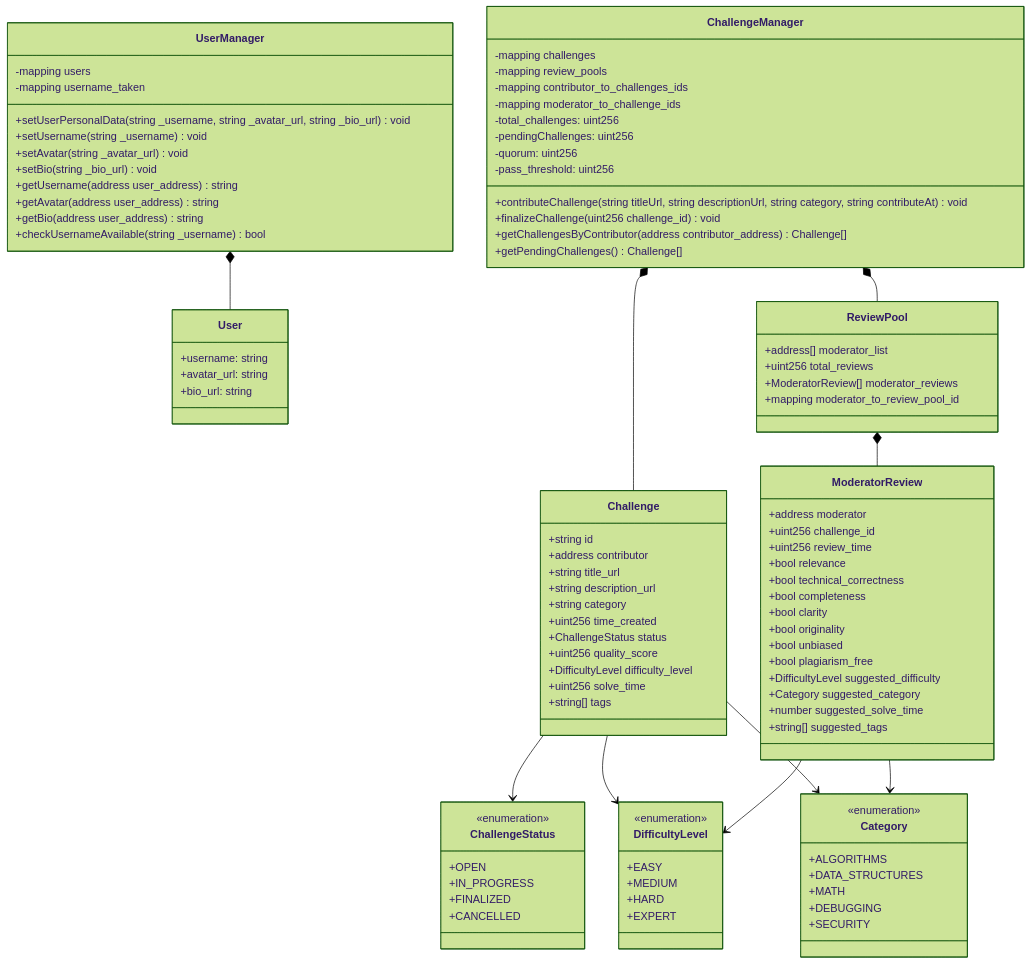
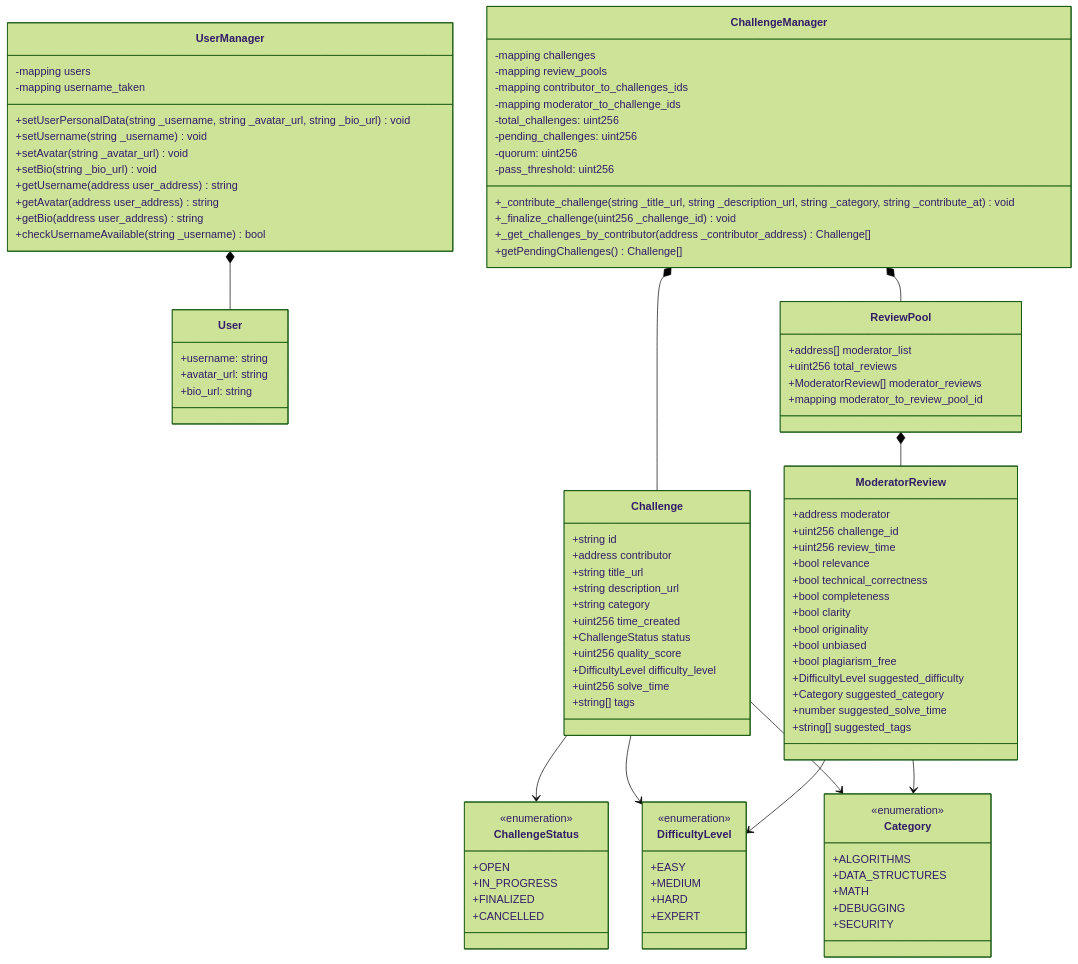
Before and after one commit to SkillChain-The-Reputation-System/Charts: the diagram in UML.mmd, drawn with Mermaid (forest theme).

Commit message:
Edit variable name to statisfy naming convention

```diff
--- a/UML.mmd
+++ b/UML.mmd
@@ -1,121 +1,121 @@
 
 classDiagram
     class UserManager {
        %% mapping(user_address: address => User)
       -mapping users 
       %% mapping(username: string => bool)
       -mapping username_taken
 
       +setUserPersonalData(string _username, string _avatar_url, string _bio_url) void
       +setUsername(string _username) void
       +setAvatar(string _avatar_url) void
       +setBio(string _bio_url) void
       +getUsername(address user_address) string
       +getAvatar(address user_address) string
       +getBio(address user_address) string
       +checkUsernameAvailable(string _username) bool
     }
 
     class User {
       +username: string
       +avatar_url: string
       +bio_url: string
     }
     
     class ChallengeManager {
       %% mapping(challenge_id:uint256 => Challenge)
       -mapping challenges
       %% mapping(challenge_id:uint256 => ReviewPool)
       -mapping review_pools
       %% mapping(contributor_addr:address => uint256[])
       -mapping contributor_to_challenges_ids
       %% mapping(moderator_addr:address => uint256[])
       -mapping moderator_to_challenge_ids
 
       -total_challenges: uint256
-      -pendingChallenges: uint256
+      -pending_challenges: uint256
       -quorum: uint256
       -pass_threshold: uint256
 
-      +contributeChallenge(string titleUrl, string descriptionUrl, string category, string contributeAt) void
-      +finalizeChallenge(uint256 challenge_id) void
+      +_contribute_challenge(string _title_url, string _description_url, string _category, string _contribute_at) void
+      +_finalize_challenge(uint256 _challenge_id) void
 
-      +getChallengesByContributor(address contributor_address) Challenge[]
+      +_get_challenges_by_contributor(address _contributor_address) Challenge[]
       +getPendingChallenges( ) Challenge[]
     }
 
     class Challenge {
       +string id
       +address contributor
       +string title_url
       +string description_url
       +string category
       +uint256 time_created
       +ChallengeStatus status
       +uint256 quality_score
       +DifficultyLevel difficulty_level
       +uint256 solve_time
       +string[] tags
     }
 
     class ModeratorReview {
       +address moderator
       +uint256 challenge_id
       +uint256 review_time
       +bool relevance
       +bool technical_correctness
       +bool completeness
       +bool clarity
       +bool originality
       +bool unbiased
       +bool plagiarism_free
       +DifficultyLevel suggested_difficulty
       +Category suggested_category
       +number suggested_solve_time
       +string[] suggested_tags
     }
 
 
     class ReviewPool {
       +address[] moderator_list
       +uint256 total_reviews
       +ModeratorReview[] moderator_reviews
       +mapping moderator_to_review_pool_id
     }
 
 
     %% Enumerations as classes with <<enumeration>> stereotype
     class ChallengeStatus {
       <<enumeration>>
       +OPEN
       +IN_PROGRESS
       +FINALIZED
       +CANCELLED
     }
     class DifficultyLevel {
       <<enumeration>>
       +EASY
       +MEDIUM
       +HARD
       +EXPERT
     }
     class Category {
       <<enumeration>>
       +ALGORITHMS
       +DATA_STRUCTURES
       +MATH
       +DEBUGGING
       +SECURITY
     }
     
     
     %% Relationships among Primary Domain Classes
     UserManager *-- User 
     ChallengeManager *-- Challenge 
     ChallengeManager *-- ReviewPool 
     ReviewPool *-- ModeratorReview 
     Challenge --> ChallengeStatus 
     Challenge --> DifficultyLevel 
     Challenge --> Category 
     ModeratorReview --> DifficultyLevel
     ModeratorReview --> Category
```
